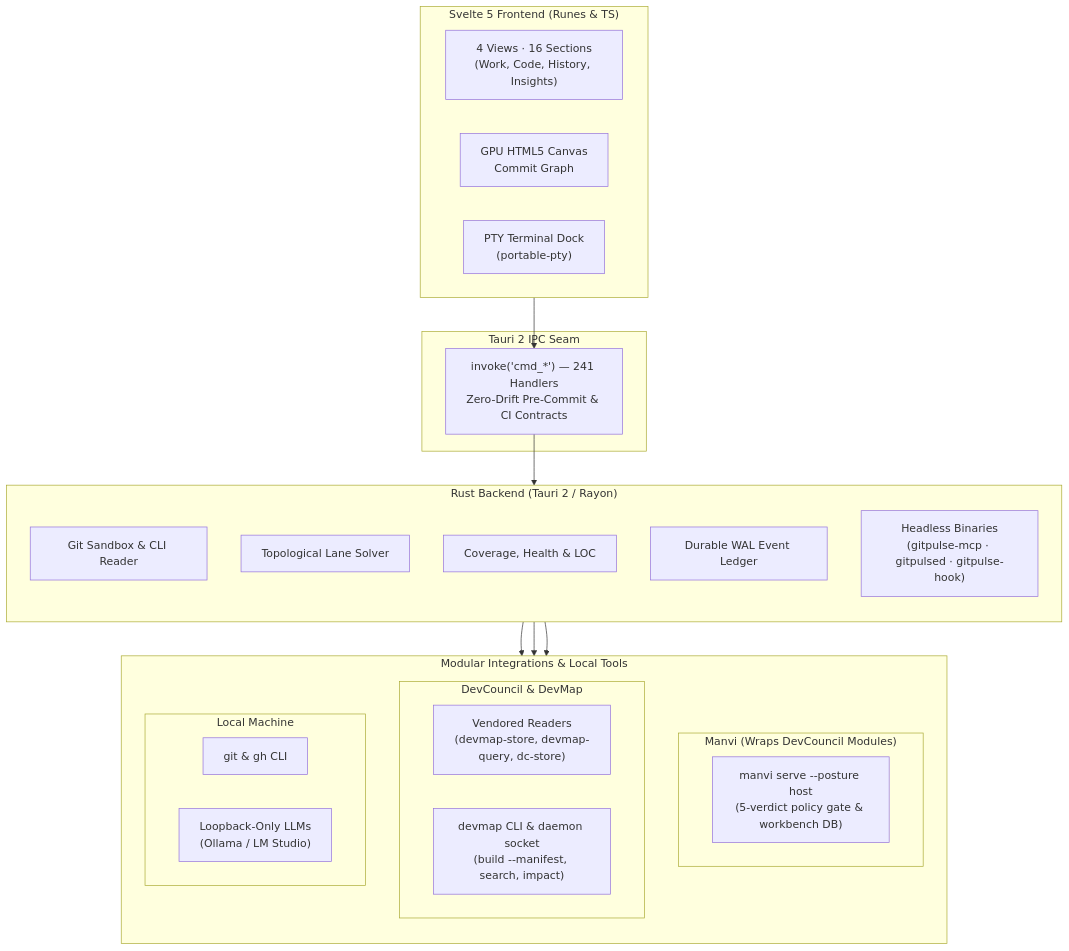
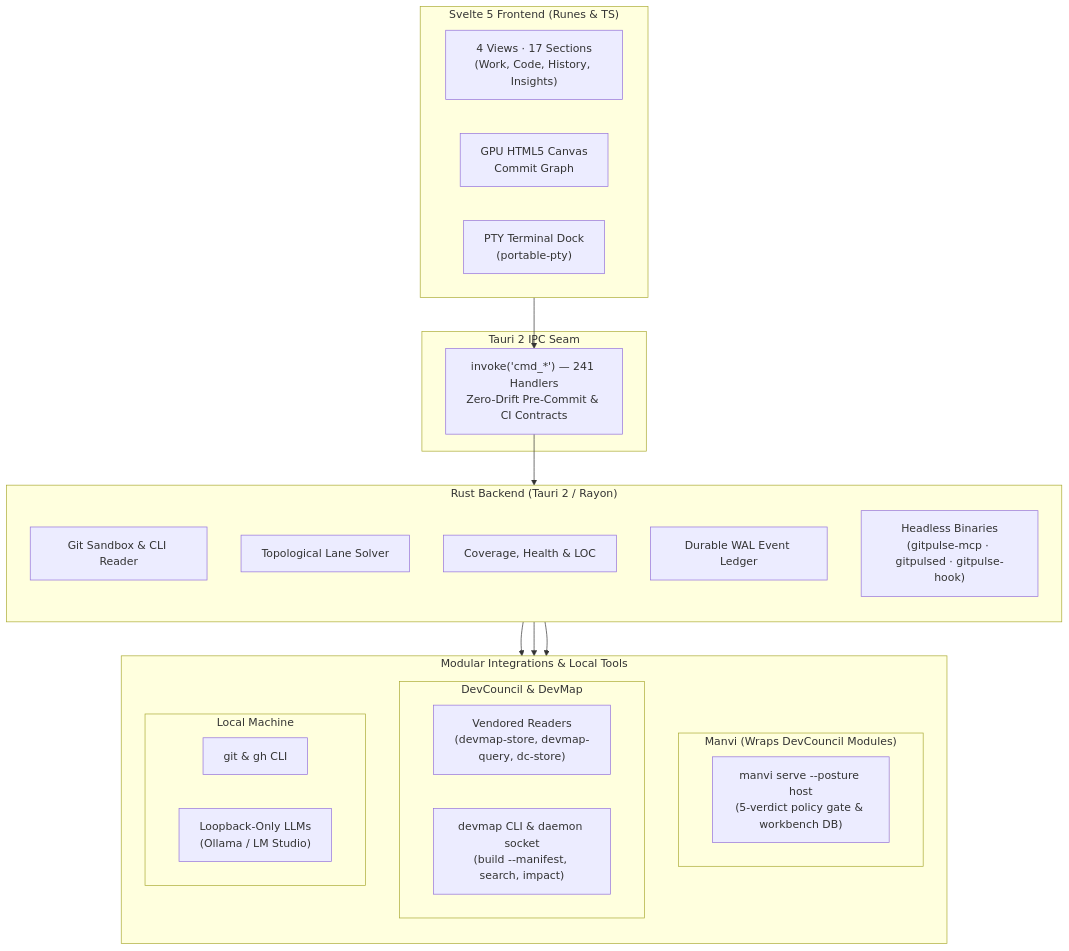
The diagram in README.md (bharathvbcr/GitPulse), drawn with Mermaid before and after one commit. The commit also changed other lines of this file and 11 other files, not shown here.

Commit message:
docs: update feature catalog, architecture, security, and wiki for v1.3.5

````diff
--- a/README.md
+++ b/README.md
@@ -106,43 +113,43 @@
 ```mermaid
 flowchart TB
     subgraph Frontend["Svelte 5 Frontend (Runes & TS)"]
         direction LR
-        Views["4 Views · 16 Sections<br/>(Work, Code, History, Insights)"]
+        Views["4 Views · 17 Sections<br/>(Work, Code, History, Insights)"]
         Canvas["GPU HTML5 Canvas<br/>Commit Graph"]
         TerminalDock["PTY Terminal Dock<br/>(portable-pty)"]
     end
 
     subgraph IPC["Tauri 2 IPC Seam"]
         Bridge["invoke('cmd_*') — 241 Handlers<br/>Zero-Drift Pre-Commit & CI Contracts"]
     end
 
     subgraph Backend["Rust Backend (Tauri 2 / Rayon)"]
         direction TB
         GitEngine["Git Sandbox & CLI Reader"]
         LaneSolver["Topological Lane Solver"]
         Analyzers["Coverage, Health & LOC"]
         Ledger["Durable WAL Event Ledger"]
         Headless["Headless Binaries<br/>(gitpulse-mcp · gitpulsed · gitpulse-hook)"]
     end
 
     subgraph Integrations["Modular Integrations & Local Tools"]
         direction TB
         subgraph ManviWrap["Manvi (Wraps DevCouncil Modules)"]
             ManviSidecar["manvi serve --posture host<br/>(5-verdict policy gate & workbench DB)"]
         end
         subgraph DevCouncilMods["DevCouncil & DevMap"]
             Vendored["Vendored Readers<br/>(devmap-store, devmap-query, dc-store)"]
             DevMapCLI["devmap CLI & daemon socket<br/>(build --manifest, search, impact)"]
         end
         subgraph LocalTools["Local Machine"]
             CLI["git & gh CLI"]
             LocalLLM["Loopback-Only LLMs<br/>(Ollama / LM Studio)"]
         end
     end
 
     Frontend --> Bridge
     Bridge --> Backend
     Backend --> ManviWrap
     Backend --> DevCouncilMods
     Backend --> LocalTools
 ```
````
